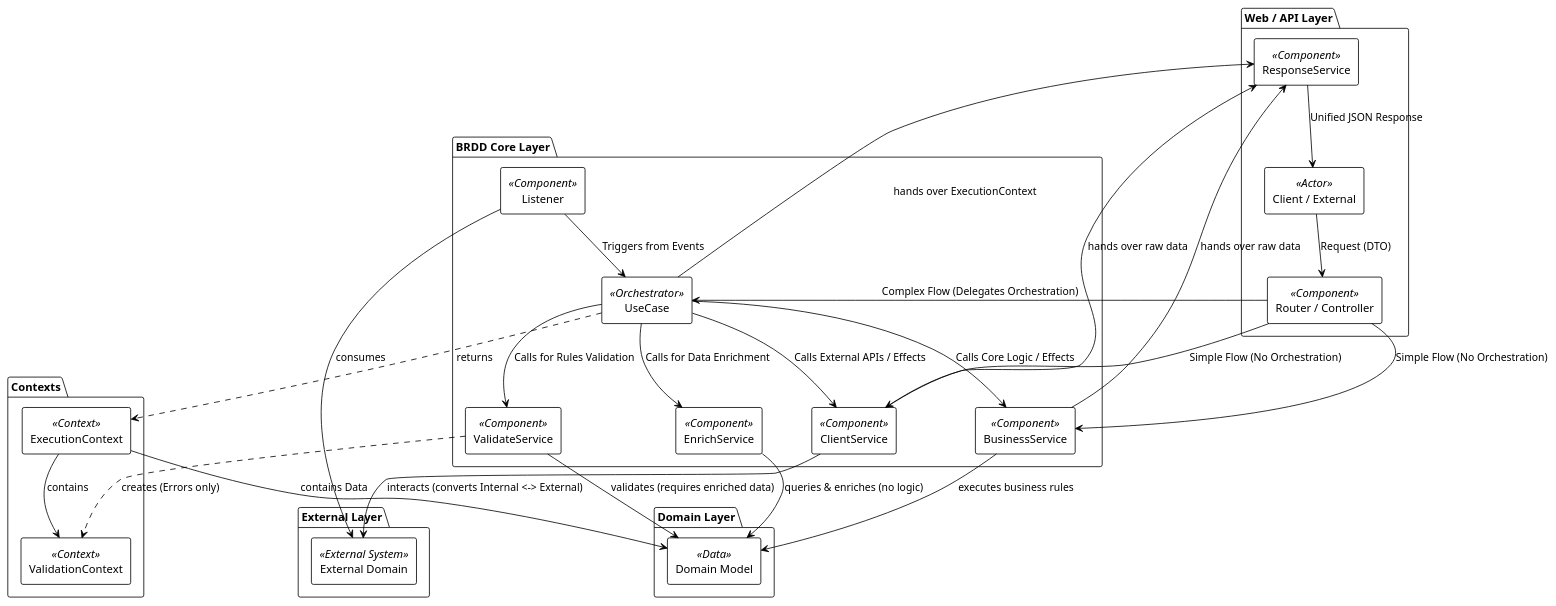
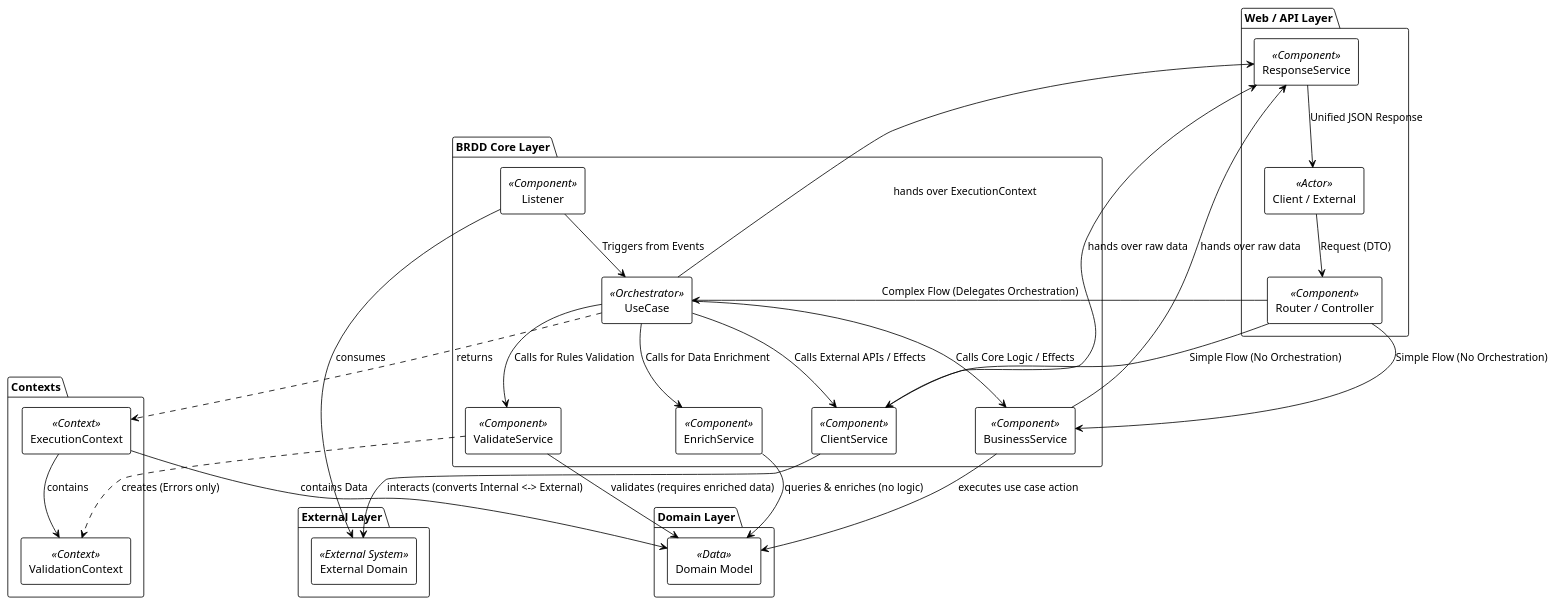
One commit to brdd-design/brdd-design.github.io changed the diagram in diagrams/01-high-level-architecture.puml. Above: the diagram before and after it, drawn with PlantUML. The commit also changed 5 other files, not shown here.

Commit message:
chore(docs): standardize terminology UseCase vs Business Rule

```diff
--- a/diagrams/01-high-level-architecture.puml
+++ b/diagrams/01-high-level-architecture.puml
@@ -1,66 +1,66 @@
 @startuml High_Level_Architecture
 
 !theme plain
 skinparam componentStyle rectangle
 
 package "Web / API Layer" {
   [Client / External] <<Actor>>
   [Router / Controller] <<Component>>
   [ResponseService] <<Component>>
 }
 
 package "BRDD Core Layer" {
   [UseCase] <<Orchestrator>>
   [ValidateService] <<Component>>
   [EnrichService] <<Component>>
   [BusinessService] <<Component>>
   [ClientService] <<Component>>
   [Listener] <<Component>>
 }
 
 package "Domain Layer" {
   [Domain Model] <<Data>>
 }
 
 package "Contexts" {
   [ExecutionContext] <<Context>>
   [ValidationContext] <<Context>>
 }
 
 package "External Layer" {
   [External Domain] <<External System>>
 }
 
 [Client / External] --> [Router / Controller] : Request (DTO)
 
 ' Simple Flow Bypass
 [Router / Controller] --> [BusinessService] : Simple Flow (No Orchestration)
 [Router / Controller] --> [ClientService] : Simple Flow (No Orchestration)
 
 ' Complex Flow
 [Router / Controller] --> [UseCase] : Complex Flow (Delegates Orchestration)
 
 [UseCase] --> [ValidateService] : Calls for Rules Validation
 [UseCase] --> [EnrichService] : Calls for Data Enrichment
 [UseCase] --> [BusinessService] : Calls Core Logic / Effects
 [UseCase] --> [ClientService] : Calls External APIs / Effects
 [Listener] --> [UseCase] : Triggers from Events
 
 [ValidateService] ..> [ValidationContext] : creates (Errors only)
 [ValidateService] --> [Domain Model] : validates (requires enriched data)
 [EnrichService] --> [Domain Model] : queries & enriches (no logic)
-[BusinessService] --> [Domain Model] : executes business rules
+[BusinessService] --> [Domain Model] : executes use case action
 
 [ClientService] --> [External Domain] : interacts (converts Internal <-> External)
 [Listener] --> [External Domain] : consumes
 
 [UseCase] ..> [ExecutionContext] : returns
 [ExecutionContext] --> [ValidationContext] : contains
 [ExecutionContext] --> [Domain Model] : contains Data
 
 [UseCase] --> [ResponseService] : hands over ExecutionContext
 [BusinessService] --> [ResponseService] : hands over raw data
 [ClientService] --> [ResponseService] : hands over raw data
 [ResponseService] --> [Client / External] : Unified JSON Response
 
 @enduml
```
